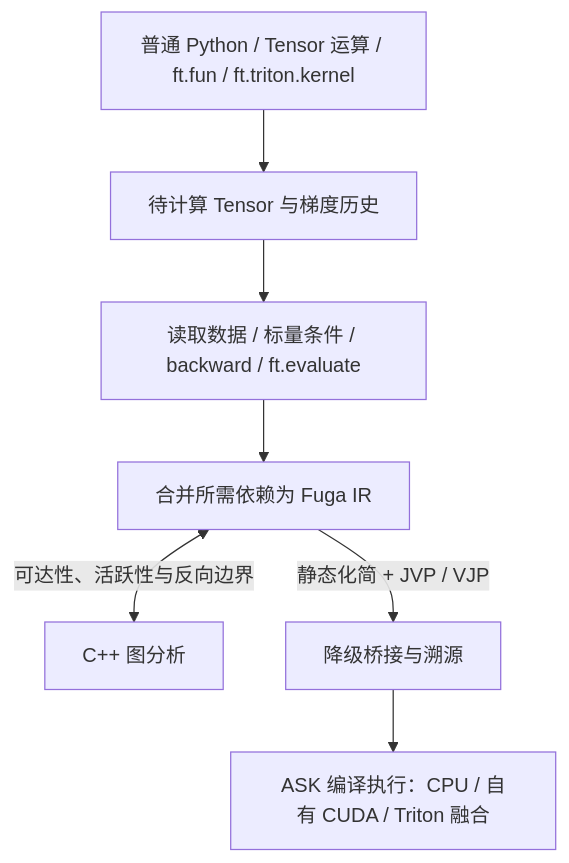
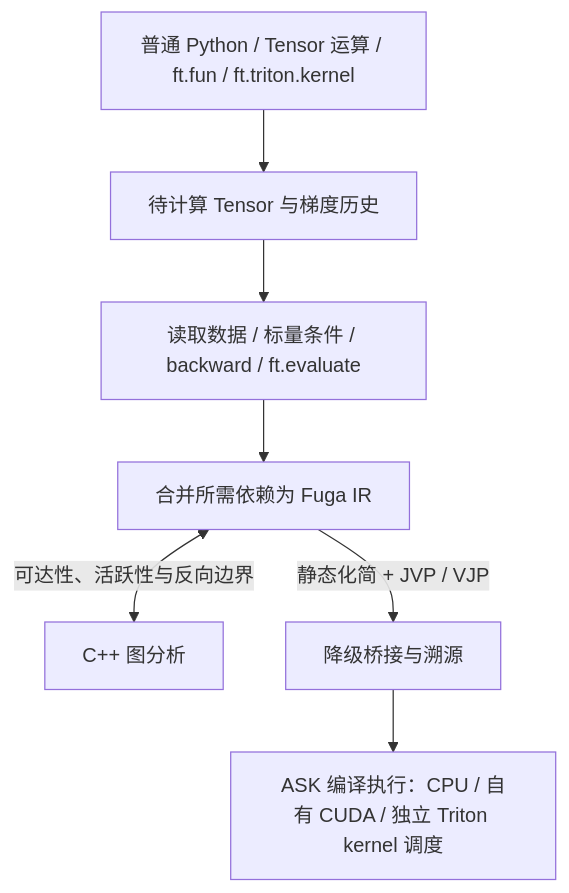
One commit to fugatensor/fugatensor changed the diagram in docs/architecture/README.md. Above: the diagram before and after it, drawn with Mermaid. The commit also changed other lines of this file and 20 other files, not shown here.

First line of the commit message:
将 Triton 独立编译适配迁入 FugaTensor 并使用 ASK 通用调度

````diff
--- a/docs/architecture/README.md
+++ b/docs/architecture/README.md
@@ -7,9 +7,9 @@
 ```mermaid
 flowchart TD
     User["普通 Python / Tensor 运算 / ft.fun / ft.triton.kernel"] --> Pending["待计算 Tensor 与梯度历史"]
     Pending --> Boundary["读取数据 / 标量条件 / backward / ft.evaluate"]
     Boundary --> FugaIR["合并所需依赖为 Fuga IR"]
     FugaIR <-->|"可达性、活跃性与反向边界"| NativeCPP["C++ 图分析"]
     FugaIR -->|"静态化简 + JVP / VJP"| Lower["降级桥接与溯源"]
-    Lower --> ASK["ASK 编译执行：CPU / 自有 CUDA / Triton 融合"]
+    Lower --> ASK["ASK 编译执行：CPU / 自有 CUDA / 独立 Triton kernel 调度"]
 ```
````
